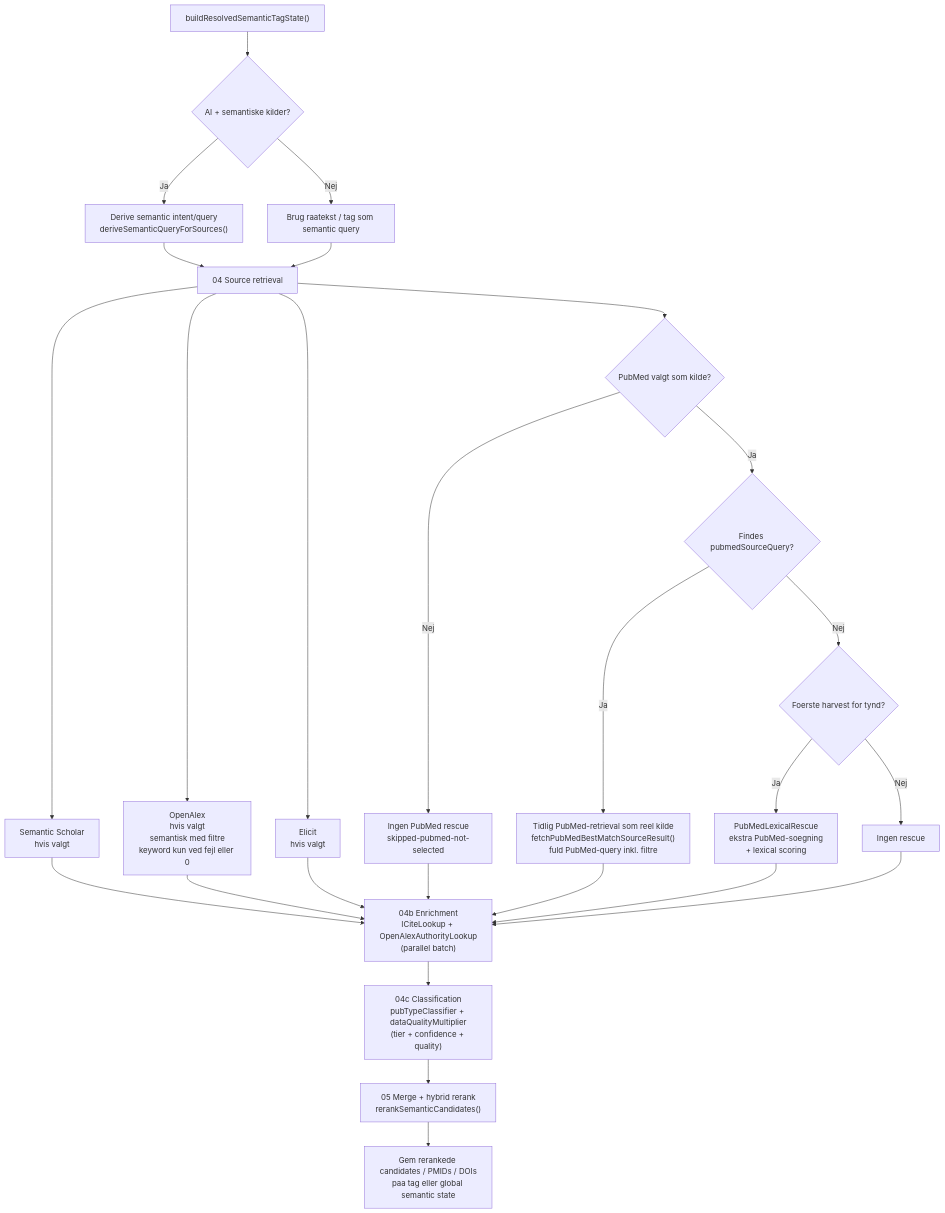
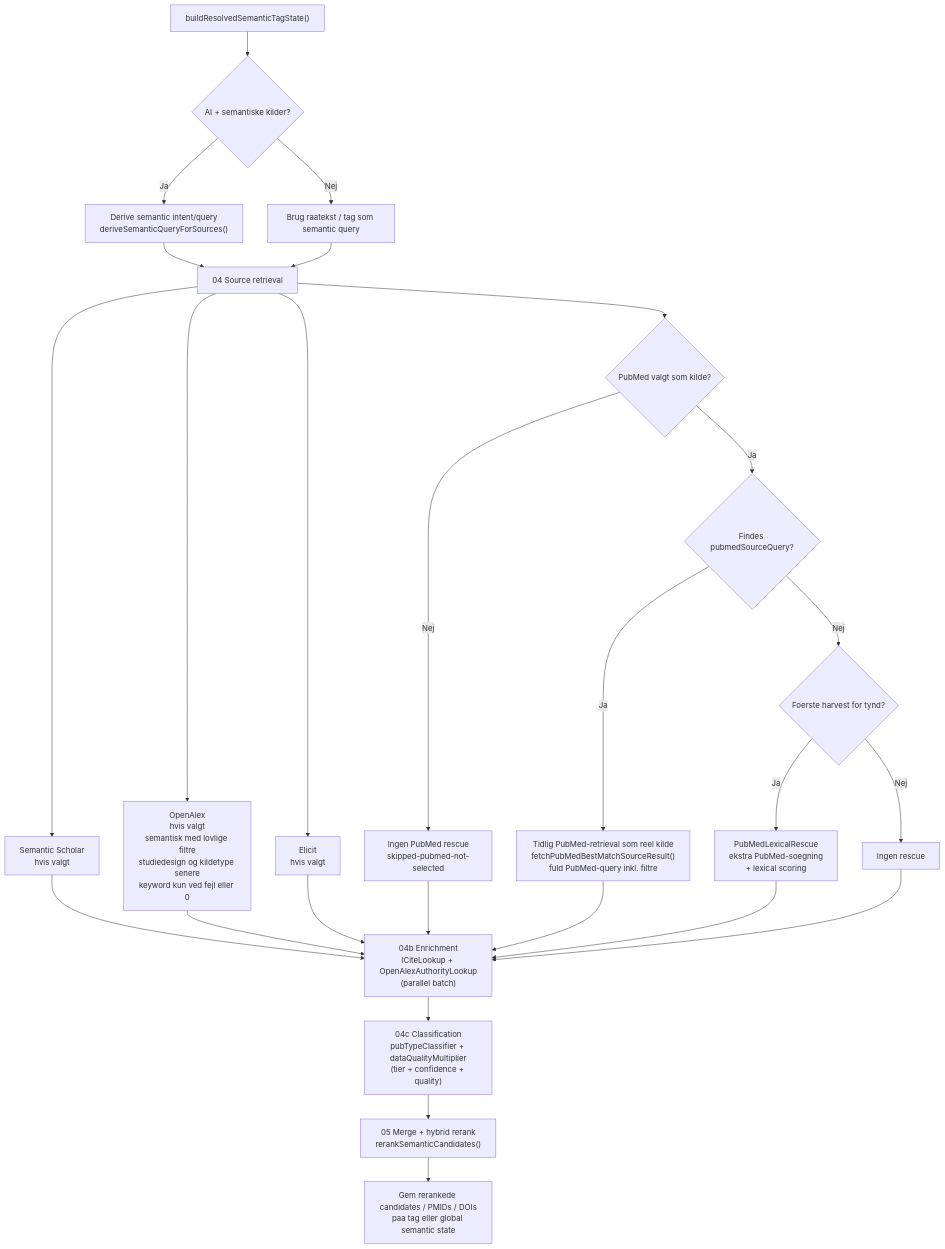
Before and after one commit to danishdiabetesknowledgecenter/QuickPubMed: the third of 7 diagrams in backend/docs/search-flow-diagram.md, drawn with Mermaid. The commit also changed 7 other files, not shown here.

First line of the commit message:
Defer OpenAlex filters on semantic search

````diff
--- a/backend/docs/search-flow-diagram.md
+++ b/backend/docs/search-flow-diagram.md
@@ -74,37 +74,37 @@
 ```mermaid
 flowchart TD
   A["buildResolvedSemanticTagState()"] --> B{"AI + semantiske kilder?"}
 
   B -- "Ja" --> C["Derive semantic intent/query<br/>deriveSemanticQueryForSources()"]
   B -- "Nej" --> D["Brug raatekst / tag som semantic query"]
 
   C --> E["04 Source retrieval"]
   D --> E
 
   E --> SS["Semantic Scholar<br/>hvis valgt"]
-  E --> OA["OpenAlex<br/>hvis valgt<br/>semantisk med filtre<br/>keyword kun ved fejl eller 0"]
+  E --> OA["OpenAlex<br/>hvis valgt<br/>semantisk med lovlige filtre<br/>studiedesign og kildetype senere<br/>keyword kun ved fejl eller 0"]
   E --> EL["Elicit<br/>hvis valgt"]
 
   E --> PM{"PubMed valgt som kilde?"}
 
   PM -- "Nej" --> PM0["Ingen PubMed rescue<br/>skipped-pubmed-not-selected"]
 
   PM -- "Ja" --> PM1{"Findes pubmedSourceQuery?"}
   PM1 -- "Ja" --> PM2["Tidlig PubMed-retrieval som reel kilde<br/>fetchPubMedBestMatchSourceResult()<br/>fuld PubMed-query inkl. filtre"]
   PM1 -- "Nej" --> PM3{"Foerste harvest for tynd?"}
 
   PM3 -- "Ja" --> PM4["PubMedLexicalRescue<br/>ekstra PubMed-soegning<br/>+ lexical scoring"]
   PM3 -- "Nej" --> PM5["Ingen rescue"]
 
   SS --> EN["04b Enrichment<br/>ICiteLookup + OpenAlexAuthorityLookup<br/>(parallel batch)"]
   OA --> EN
   EL --> EN
   PM0 --> EN
   PM2 --> EN
   PM4 --> EN
   PM5 --> EN
 
   EN --> CL["04c Classification<br/>pubTypeClassifier + dataQualityMultiplier<br/>(tier + confidence + quality)"]
   CL --> M["05 Merge + hybrid rerank<br/>rerankSemanticCandidates()"]
   M --> N["Gem rerankede candidates / PMIDs / DOIs<br/>paa tag eller global semantic state"]
 ```
````
